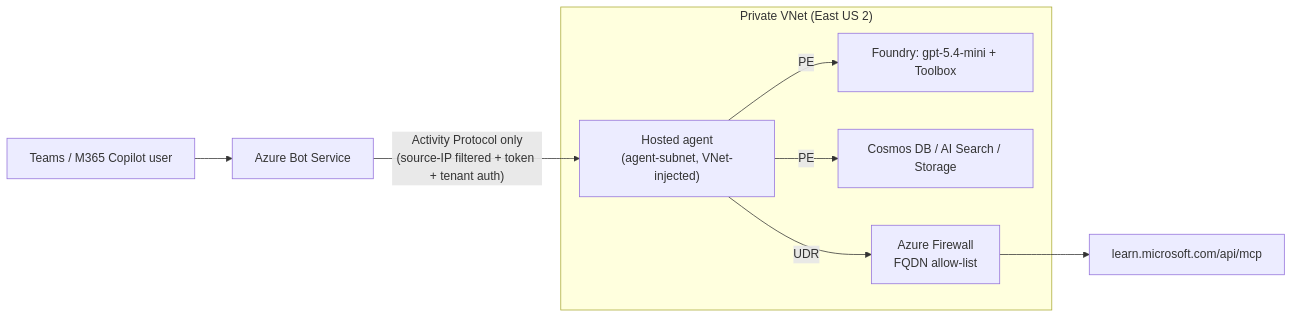
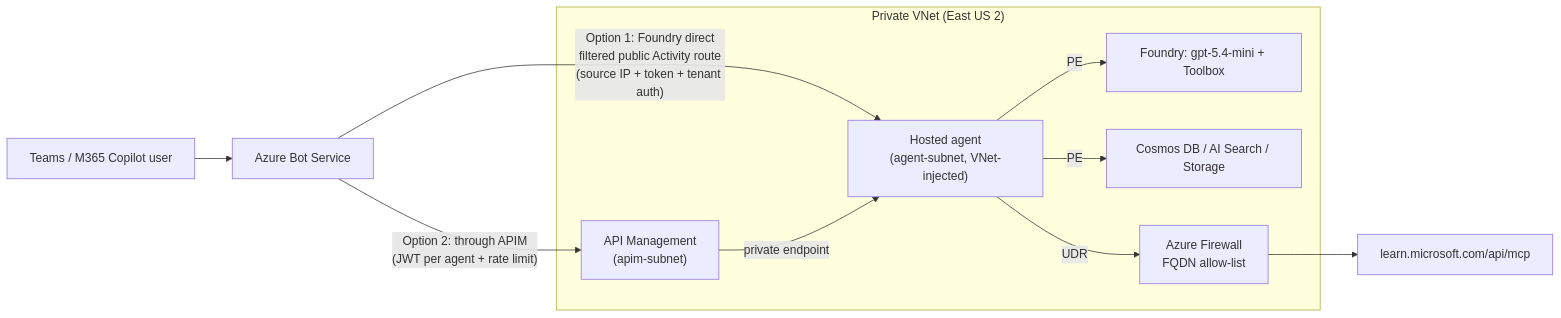
The diagram in README.md (AI-GBB-HLS-IP/m365-admin-foundry-copilot), drawn with Mermaid before and after one commit. The commit also changed other lines of this file and 8 other files, not shown here.

````diff
--- a/README.md
+++ b/README.md
@@ -38,11 +38,13 @@
 ```mermaid
 flowchart LR
   T["Teams / M365 Copilot user"] --> B["Azure Bot Service"]
-  B -- "Activity Protocol only<br/>(source-IP filtered + token + tenant auth)" --> A
+  B -- "Option 1: Foundry direct<br/>filtered public Activity route<br/>(source IP + token + tenant auth)" --> A
+  B -- "Option 2: through APIM<br/>(JWT per agent + rate limit)" --> G
   subgraph VNET["Private VNet (East US 2)"]
+    G["API Management<br/>(apim-subnet)"] -- "private endpoint" --> A
     A["Hosted agent<br/>(agent-subnet, VNet-injected)"] -- PE --> F["Foundry: gpt-5.4-mini + Toolbox"]
     A -- PE --> D["Cosmos DB / AI Search / Storage"]
     A -- UDR --> FW["Azure Firewall<br/>FQDN allow-list"]
   end
   FW --> L["learn.microsoft.com/api/mcp"]
 ```
````
